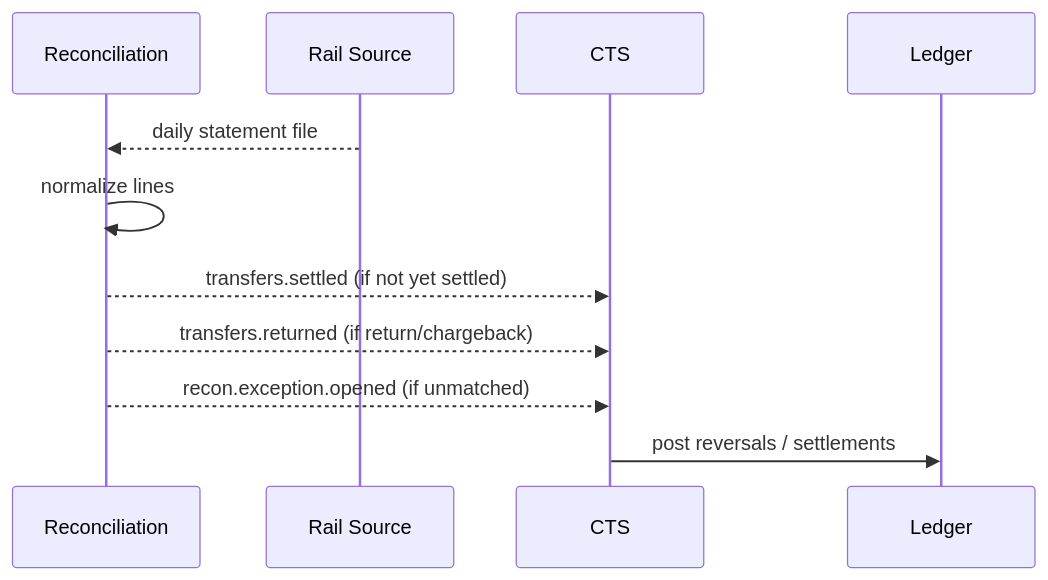
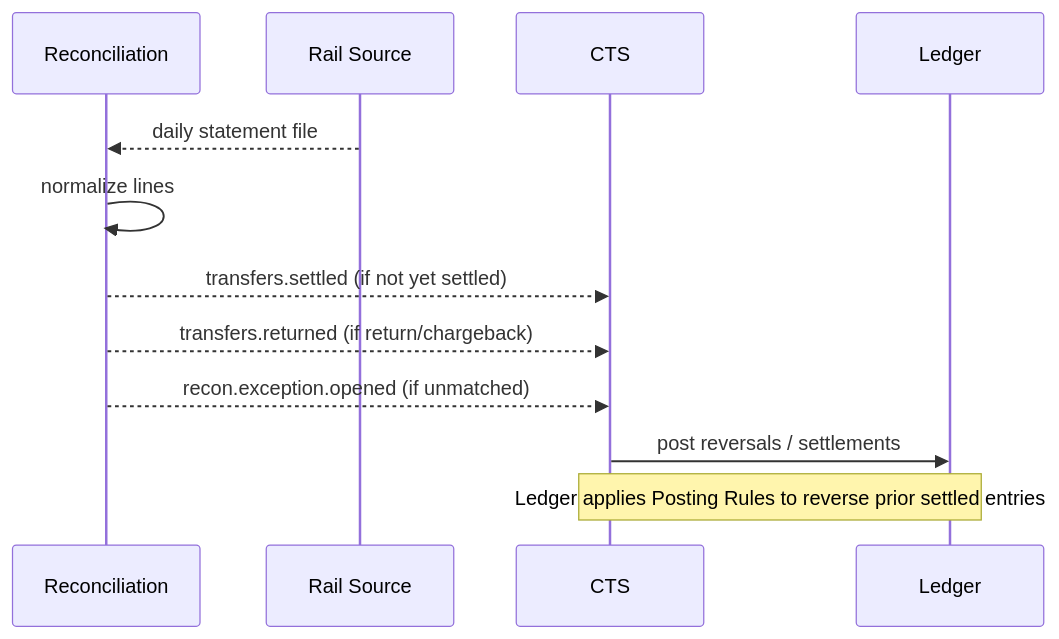
Before and after one commit to mr-tony-stark/fintech-core: the diagram in docs/10-components/reconciliation-returns.md, drawn with Mermaid. The commit also changed other lines of this file and 96 other files, not shown here.

````diff
--- a/docs/10-components/reconciliation-returns.md
+++ b/docs/10-components/reconciliation-returns.md
@@ -60,14 +61,15 @@
 ```mermaid
 sequenceDiagram
   participant R as Reconciliation
   participant Rail as Rail Source
   participant CTS
   participant L as Ledger
 
   Rail-->>R: daily statement file
   R->>R: normalize lines
   R-->>CTS: transfers.settled (if not yet settled)
   R-->>CTS: transfers.returned (if return/chargeback)
   R-->>CTS: recon.exception.opened (if unmatched)
   CTS->>L: post reversals / settlements
+  Note over CTS,L: Ledger applies Posting Rules to reverse prior settled entries
 ```
````
